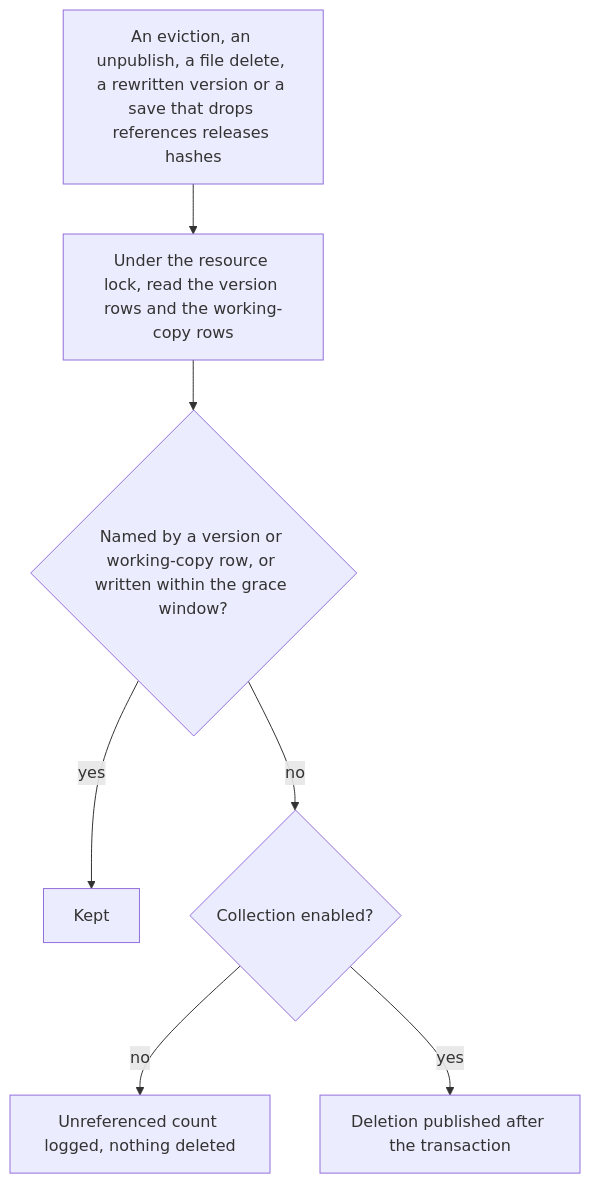
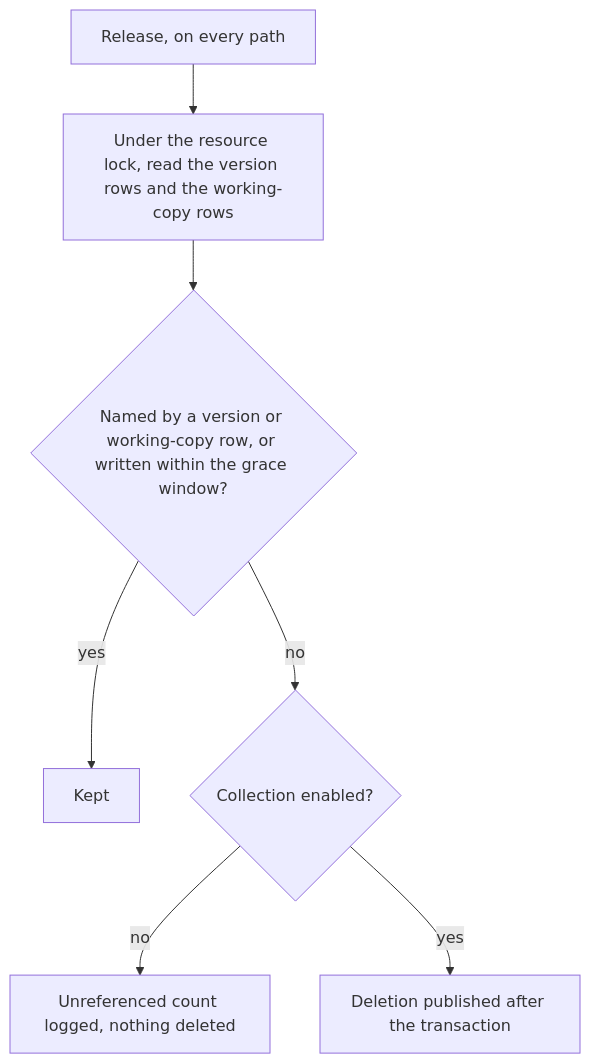
One commit to Esposter/Esposter changed the second of 3 diagrams in openspec/specs/resource/content-addressed-assets/design.md. Above: the diagram before and after it, drawn with Mermaid. The commit also changed other lines of this file, not shown here.

````diff
--- a/openspec/specs/resource/content-addressed-assets/design.md
+++ b/openspec/specs/resource/content-addressed-assets/design.md
@@ -29,9 +29,9 @@
 ```mermaid
 flowchart TD
-  released["An eviction, an unpublish, a file delete, a rewritten version or a save that drops references releases hashes"] --> lock["Under the resource lock, read the version rows and the working-copy rows"]
+  released["Release, on every path"] --> lock["Under the resource lock, read the version rows and the working-copy rows"]
   lock --> held{"Named by a version or working-copy row, or written within the grace window?"}
   held -->|yes| keep["Kept"]
   held -->|no| gate{"Collection enabled?"}
   gate -->|no| count["Unreferenced count logged, nothing deleted"]
   gate -->|yes| delete["Deletion published after the transaction"]
 ```
````
